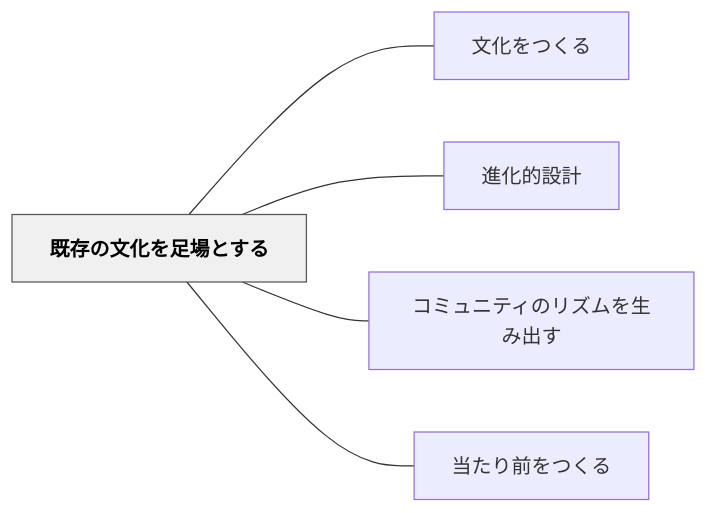
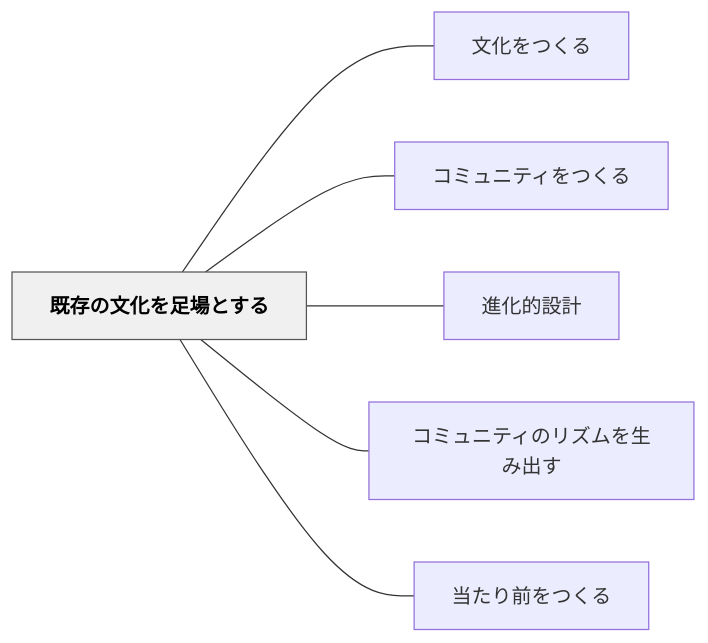
One commit to unknownthings-ed-patterns/unknownthings-ed-patterns changed the diagram in content/パタン/既存の文化を足場とする.md. Above: the diagram before and after it, drawn with Mermaid. The commit also changed other lines of this file and 1 other file, not shown here.

Commit message:
auto: Obsidianから同期 2026-06-13 18:52

````diff
--- a/content/パタン/既存の文化を足場とする.md
+++ b/content/パタン/既存の文化を足場とする.md
@@ -58,16 +59,18 @@
 ```mermaid
 flowchart LR
     ne697a2e5ad98e381aee69687e58c96e38292e8b6b3e5a0b4e381a8e38199e3828b["既存の文化を足場とする"]
     ne69687e58c96e38292e381a4e3818fe3828b["文化をつくる"]
+    ne382b3e3839fe383a5e3838be38386e382a3e38292e381a4e3818fe3828b["コミュニティをつくる"]
     ne980b2e58c96e79a84e8a8ade8a888["進化的設計"]
     ne382b3e3839fe383a5e3838be38386e382a3e381aee383aae382bae383a0e38292e7949fe381bfe587bae38199["コミュニティのリズムを生み出す"]
     ne5bd93e3819fe3828ae5898de38292e381a4e3818fe3828b["当たり前をつくる"]
 
     ne697a2e5ad98e381aee69687e58c96e38292e8b6b3e5a0b4e381a8e38199e3828b --- ne69687e58c96e38292e381a4e3818fe3828b
+    ne697a2e5ad98e381aee69687e58c96e38292e8b6b3e5a0b4e381a8e38199e3828b --- ne382b3e3839fe383a5e3838be38386e382a3e38292e381a4e3818fe3828b
     ne697a2e5ad98e381aee69687e58c96e38292e8b6b3e5a0b4e381a8e38199e3828b --- ne980b2e58c96e79a84e8a8ade8a888
     ne697a2e5ad98e381aee69687e58c96e38292e8b6b3e5a0b4e381a8e38199e3828b --- ne382b3e3839fe383a5e3838be38386e382a3e381aee383aae382bae383a0e38292e7949fe381bfe587bae38199
     ne697a2e5ad98e381aee69687e58c96e38292e8b6b3e5a0b4e381a8e38199e3828b --- ne5bd93e3819fe3828ae5898de38292e381a4e3818fe3828b
 
     classDef hub fill:#f0f0f0,stroke:#555,color:#000,font-weight:bold
     class ne697a2e5ad98e381aee69687e58c96e38292e8b6b3e5a0b4e381a8e38199e3828b hub
 ```
````
